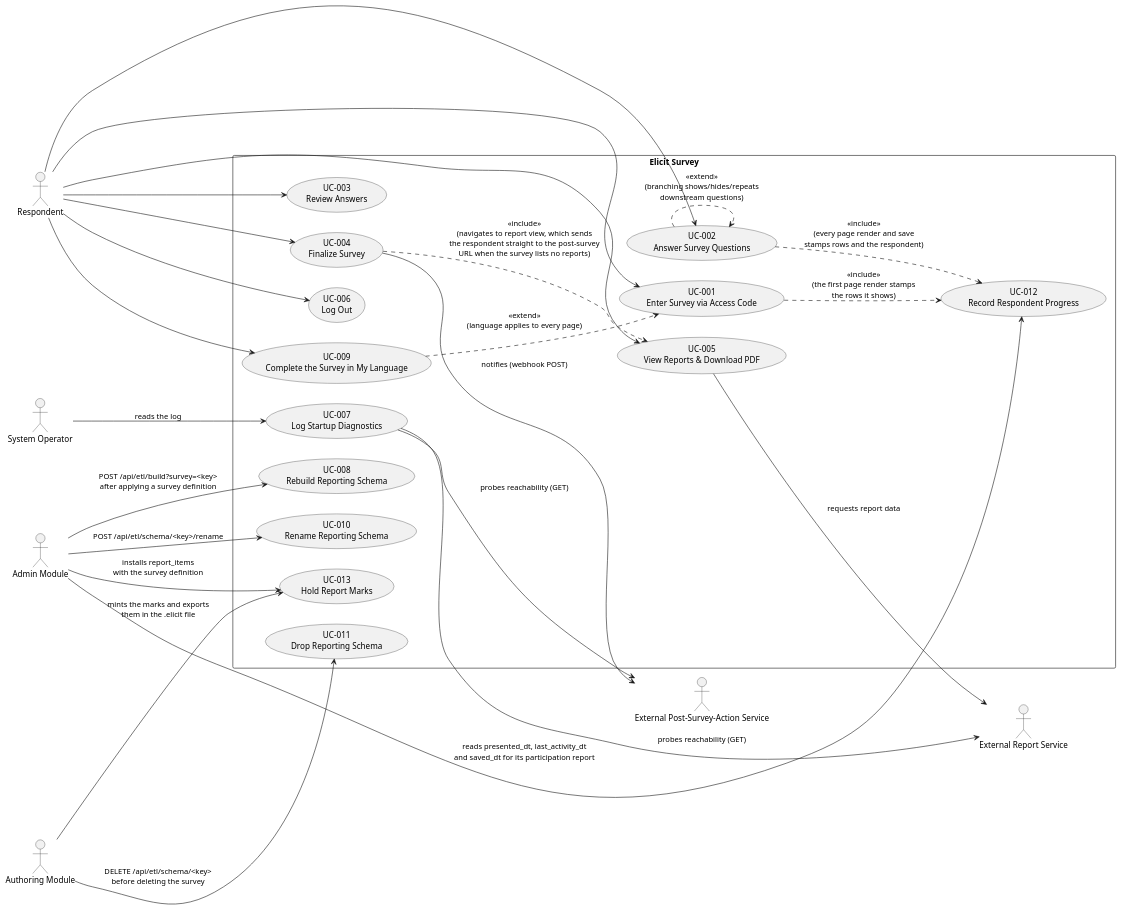
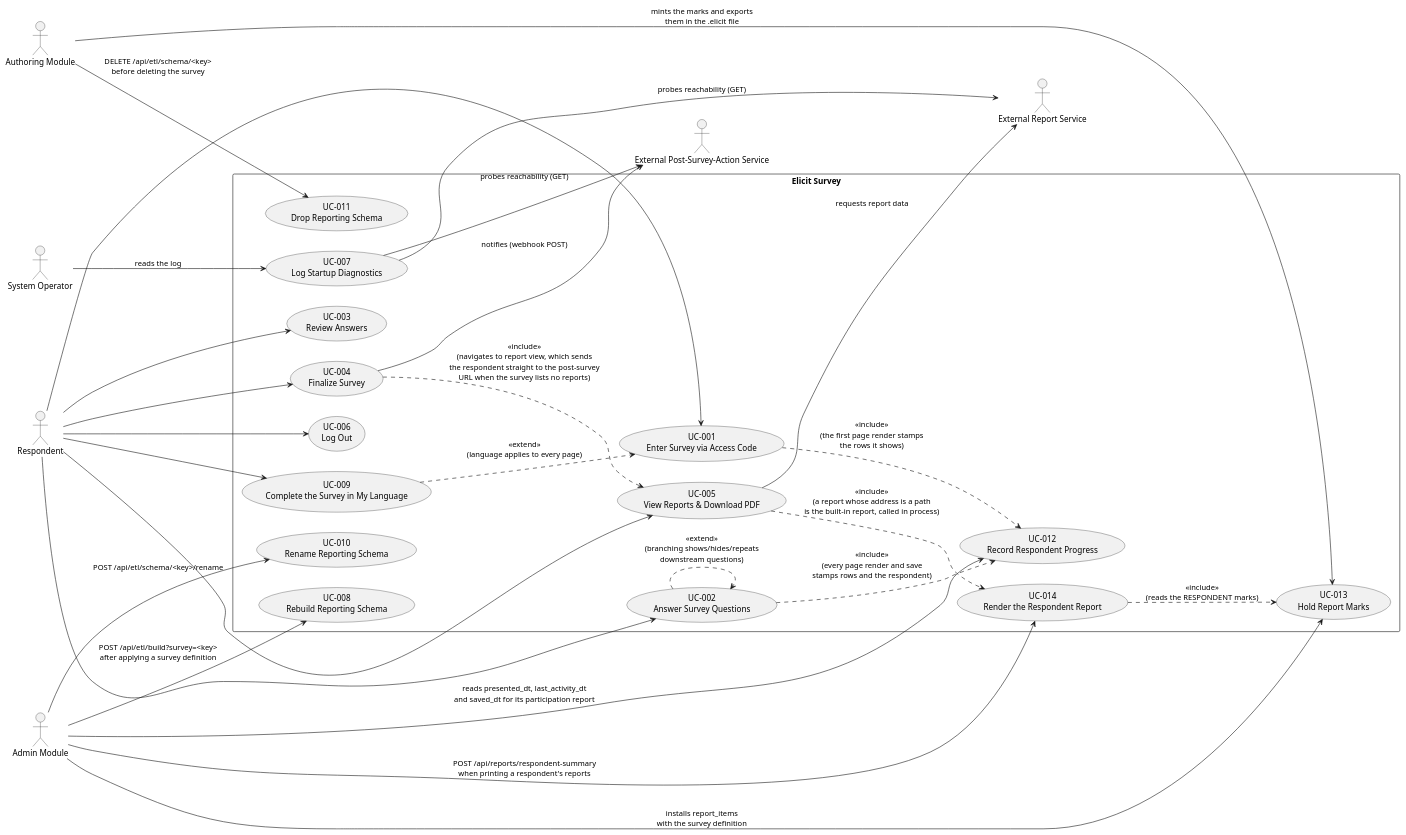
The diagram in docs/use_cases.puml (ElicitSoftware/Survey), drawn with PlantUML before and after one commit. The commit also changed 5 other files, not shown here.

First line of the commit message:
Specify the built-in respondent report (UC-014)

```diff
--- a/docs/use_cases.puml
+++ b/docs/use_cases.puml
@@ -1,54 +1,58 @@
 @startuml
 left to right direction
 skinparam packageStyle rectangle
 
 actor "Respondent" as Respondent
 actor "External Report Service" as ReportSvc
 actor "External Post-Survey-Action Service" as PsaSvc
 actor "System Operator" as Operator
 actor "Admin Module" as AdminApp
 actor "Authoring Module" as AuthorApp
 
 rectangle "Elicit Survey" {
   usecase "UC-001\nEnter Survey via Access Code" as UC001
   usecase "UC-002\nAnswer Survey Questions" as UC002
   usecase "UC-003\nReview Answers" as UC003
   usecase "UC-004\nFinalize Survey" as UC004
   usecase "UC-005\nView Reports & Download PDF" as UC005
   usecase "UC-006\nLog Out" as UC006
   usecase "UC-007\nLog Startup Diagnostics" as UC007
   usecase "UC-008\nRebuild Reporting Schema" as UC008
   usecase "UC-009\nComplete the Survey in My Language" as UC009
   usecase "UC-010\nRename Reporting Schema" as UC010
   usecase "UC-011\nDrop Reporting Schema" as UC011
   usecase "UC-012\nRecord Respondent Progress" as UC012
   usecase "UC-013\nHold Report Marks" as UC013
+  usecase "UC-014\nRender the Respondent Report" as UC014
 }
 
 Respondent --> UC001
 Respondent --> UC002
 Respondent --> UC003
 Respondent --> UC004
 Respondent --> UC005
 Respondent --> UC006
 Operator --> UC007 : reads the log
 AdminApp --> UC008 : POST /api/etl/build?survey=<key>\nafter applying a survey definition
 AdminApp --> UC010 : POST /api/etl/schema/<key>/rename
 AuthorApp --> UC011 : DELETE /api/etl/schema/<key>\nbefore deleting the survey
 Respondent --> UC009
 AdminApp --> UC012 : reads presented_dt, last_activity_dt\nand saved_dt for its participation report
 AdminApp --> UC013 : installs report_items\nwith the survey definition
 AuthorApp --> UC013 : mints the marks and exports\nthem in the .elicit file
+AdminApp --> UC014 : POST /api/reports/respondent-summary\nwhen printing a respondent's reports
 
+UC005 ..> UC014 : <<include>>\n(a report whose address is a path\nis the built-in report, called in process)
+UC014 ..> UC013 : <<include>>\n(reads the RESPONDENT marks)
 UC004 ..> UC005 : <<include>>\n(navigates to report view, which sends\nthe respondent straight to the post-survey\nURL when the survey lists no reports)
 UC009 ..> UC001 : <<extend>>\n(language applies to every page)
 UC002 ..> UC002 : <<extend>>\n(branching shows/hides/repeats\ndownstream questions)
 UC001 ..> UC012 : <<include>>\n(the first page render stamps\nthe rows it shows)
 UC002 ..> UC012 : <<include>>\n(every page render and save\nstamps rows and the respondent)
 
 UC004 --> PsaSvc : notifies (webhook POST)
 UC005 --> ReportSvc : requests report data
 UC007 --> ReportSvc : probes reachability (GET)
 UC007 --> PsaSvc : probes reachability (GET)
 
 @enduml
```
